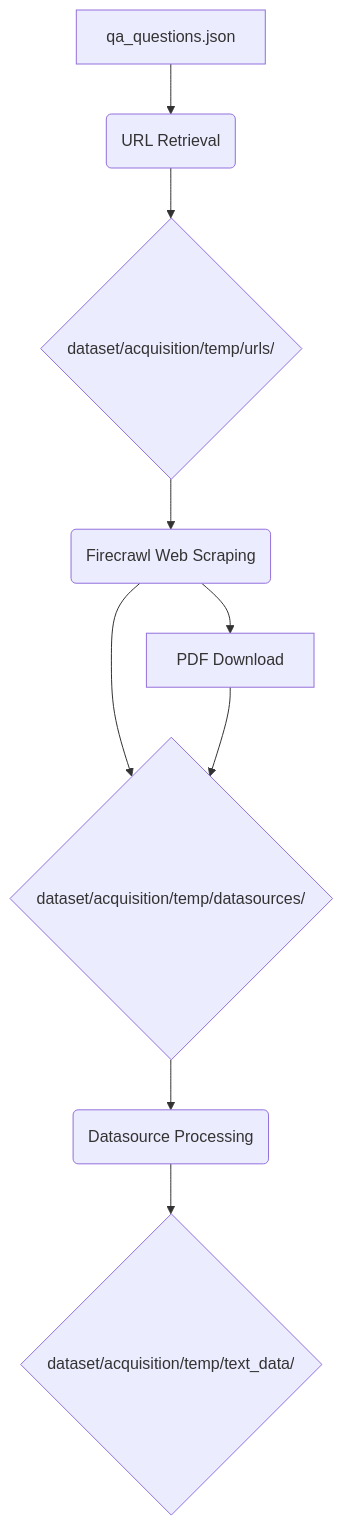
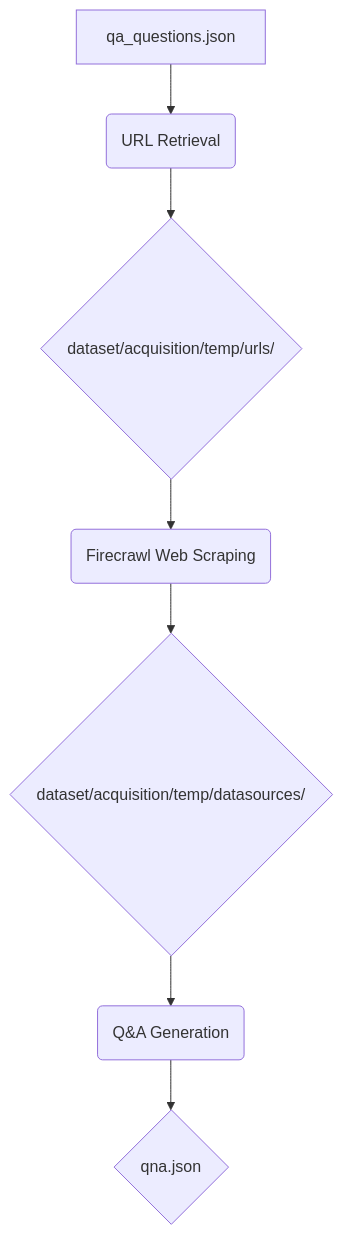
One commit to civitas-cerebrum/emtp changed the diagram in README.md. Above: the diagram before and after it, drawn with Mermaid. The commit also changed other lines of this file and 13 other files, not shown here.

````diff
--- a/README.md
+++ b/README.md
@@ -86,12 +83,10 @@
 ```mermaid
 graph TD
     A[qa_questions.json] --> B(URL Retrieval);
     B --> C{dataset/acquisition/temp/urls/};
     C --> D(Firecrawl Web Scraping);
     D --> E{dataset/acquisition/temp/datasources/};
-    E --> F(Datasource Processing);
-    F --> G{dataset/acquisition/temp/text_data/};
+    E --> F(Q&A Generation);
 
-    D --> H[PDF Download];
-    H --> E;
+    F --> G{qna.json};
 ```
````
